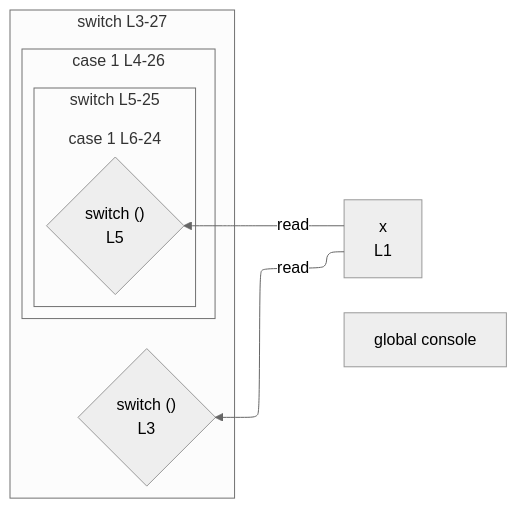
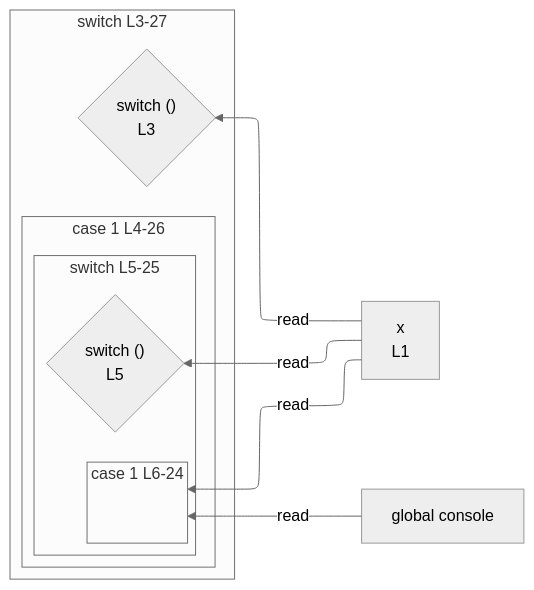
One commit to crescware/unsnarl changed the diagram in integration/fixtures/app-behavior/depth/switch/depth-2/preview.md. Above: the diagram before and after it, drawn with Mermaid (neutral theme). The commit also changed 63 other files, not shown here.

````diff
--- a/integration/fixtures/app-behavior/depth/switch/depth-2/preview.md
+++ b/integration/fixtures/app-behavior/depth/switch/depth-2/preview.md
@@ -37,22 +37,27 @@
 ```mermaid
 %%{init: {"flowchart": {"defaultRenderer": "elk"}}}%%
 flowchart RL
   n_scope_0_x_6["x<br/>L1"]
   n_scope_0_console_296["global console"]
   subgraph s_scope_1["switch L3-27"]
     direction RL
     switch_discriminant_scope_0_14{"switch ()<br/>L3"}
     subgraph s_scope_2["case 1 L4-26"]
       direction RL
       subgraph s_scope_3["switch L5-25"]
         direction RL
         switch_discriminant_scope_2_41{"switch ()<br/>L5"}
         subgraph s_scope_4["case 1 L6-24"]
           direction RL
+          elk_empty_s_scope_4[" "]
         end
       end
     end
   end
   n_scope_0_x_6 -->|read| switch_discriminant_scope_0_14
   n_scope_0_x_6 -->|read| switch_discriminant_scope_2_41
+  n_scope_0_x_6 -->|read| s_scope_4
+  n_scope_0_console_296 -->|read| s_scope_4
+  classDef elkEmptyPlaceholder fill:transparent,stroke:transparent,color:transparent;
+  class elk_empty_s_scope_4 elkEmptyPlaceholder;
 ```
````
